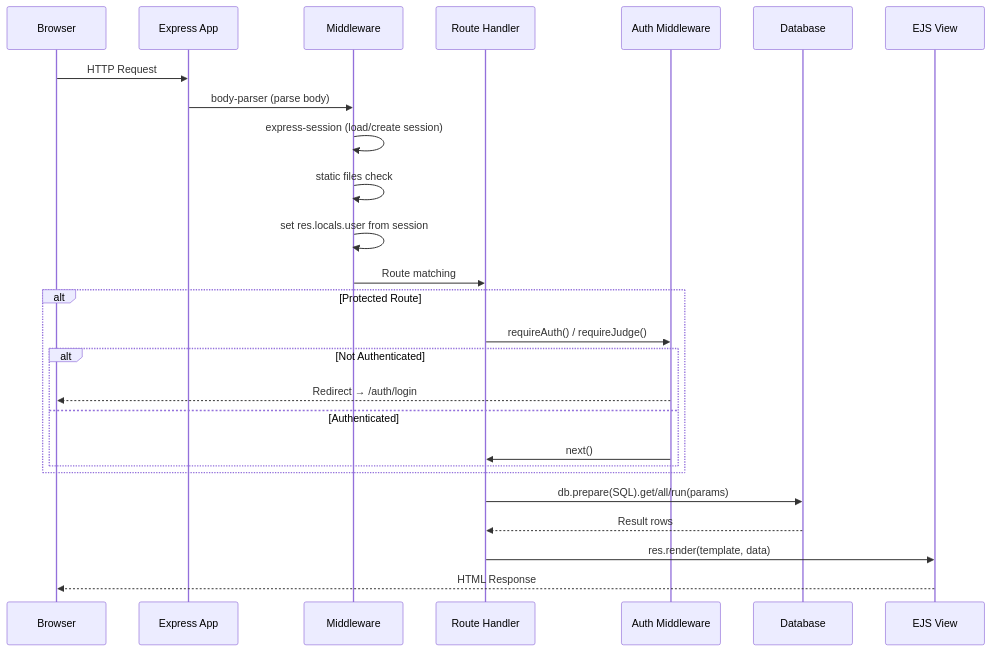
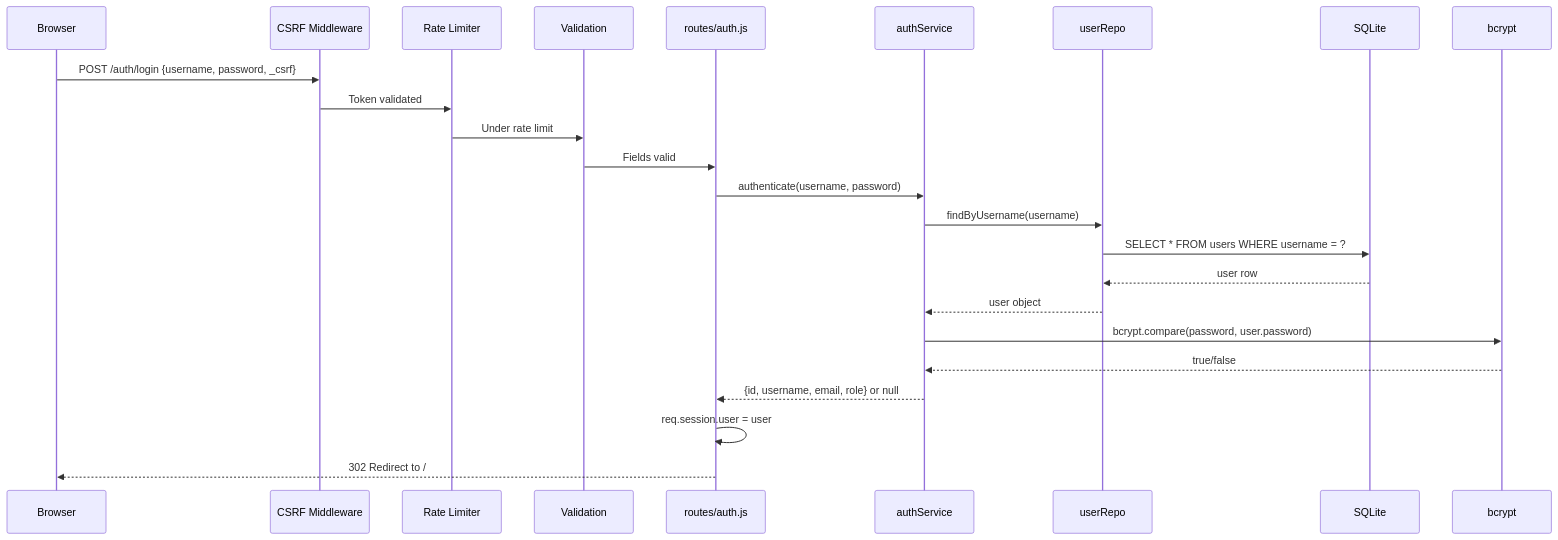
Before and after one commit to EmeaAppGbb/AppModLab-node-16to22-HackManager-spec2cloud: the fourth of 6 diagrams in specs/docs/architecture/overview.md, drawn with Mermaid. The commit also changed other lines of this file and 1 other file, not shown here.

First line of the commit message:
[docs] Architecture documentation for modernized codebase

````diff
--- a/specs/docs/architecture/overview.md
+++ b/specs/docs/architecture/overview.md
@@ -69,31 +166,27 @@
 ```mermaid
 sequenceDiagram
     participant B as Browser
-    participant E as Express App
-    participant MW as Middleware
-    participant R as Route Handler
-    participant A as Auth Middleware
-    participant D as Database
-    participant V as EJS View
+    participant CSRF as CSRF Middleware
+    participant RL as Rate Limiter
+    participant VAL as Validation
+    participant R as routes/auth.js
+    participant S as authService
+    participant Repo as userRepo
+    participant DB as SQLite
+    participant BC as bcrypt
 
-    B->>E: HTTP Request
-    E->>MW: body-parser (parse body)
-    MW->>MW: express-session (load/create session)
-    MW->>MW: static files check
-    MW->>MW: set res.locals.user from session
-    MW->>R: Route matching
-    
-    alt Protected Route
-        R->>A: requireAuth() / requireJudge()
-        alt Not Authenticated
-            A-->>B: Redirect → /auth/login
-        else Authenticated
-            A->>R: next()
-        end
-    end
-    
-    R->>D: db.prepare(SQL).get/all/run(params)
-    D-->>R: Result rows
-    R->>V: res.render(template, data)
-    V-->>B: HTML Response
+    B->>CSRF: POST /auth/login {username, password, _csrf}
+    CSRF->>RL: Token validated
+    RL->>VAL: Under rate limit
+    VAL->>R: Fields valid
+    R->>S: authenticate(username, password)
+    S->>Repo: findByUsername(username)
+    Repo->>DB: SELECT * FROM users WHERE username = ?
+    DB-->>Repo: user row
+    Repo-->>S: user object
+    S->>BC: bcrypt.compare(password, user.password)
+    BC-->>S: true/false
+    S-->>R: {id, username, email, role} or null
+    R->>R: req.session.user = user
+    R-->>B: 302 Redirect to /
 ```
````
